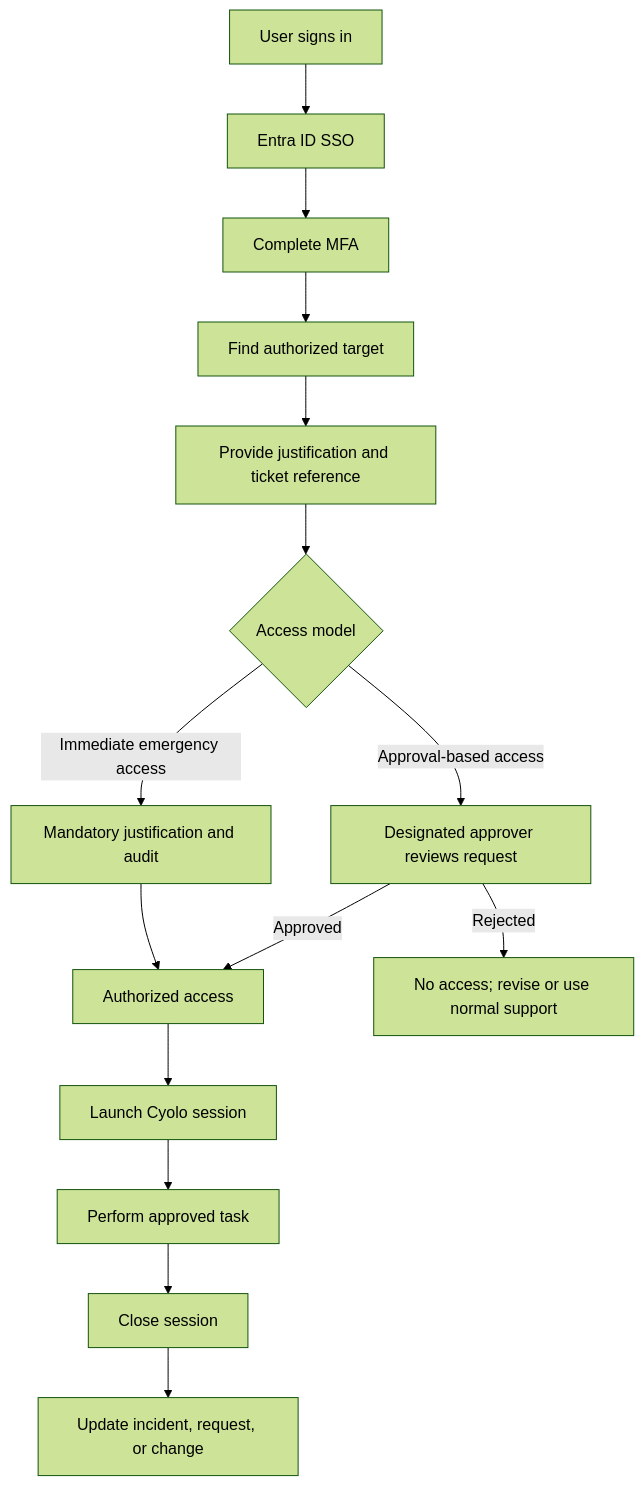
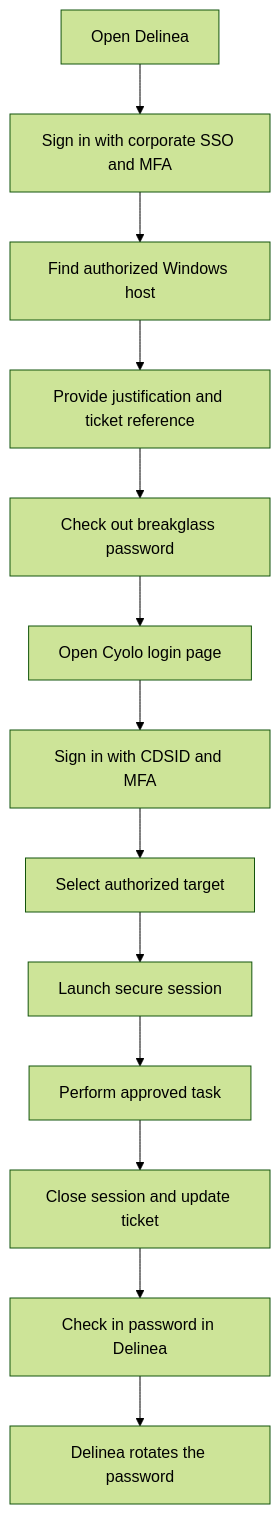
Before and after one commit to Ranjith-Marimuthu/PAM-Windows: the diagram in docs/for-end-users/access-workflows.md, drawn with Mermaid (forest theme). The commit also changed other lines of this file and 7 other files, not shown here.

Commit message:
Update PAM Windows breakglass documentation and navigation

````diff
--- a/docs/for-end-users/access-workflows.md
+++ b/docs/for-end-users/access-workflows.md
@@ -8,17 +13,15 @@
 ```mermaid
 flowchart TD
-    A[User signs in] --> B[Entra ID SSO]
-    B --> C[Complete MFA]
-    C --> D[Find authorized target]
-    D --> E[Provide justification and ticket reference]
-    E --> F{Access model}
-    F -->|Immediate emergency access| G[Mandatory justification and audit]
-    F -->|Approval-based access| H[Designated approver reviews request]
-    G --> I[Authorized access]
-    H -->|Approved| I
-    H -->|Rejected| J[No access; revise or use normal support]
-    I --> K[Launch Cyolo session]
-    K --> L[Perform approved task]
-    L --> M[Close session]
-    M --> N[Update incident, request, or change]
+    A[Open Delinea] --> B[Sign in with corporate SSO and MFA]
+    B --> C[Find authorized Windows host]
+    C --> D[Provide justification and ticket reference]
+    D --> E[Check out breakglass password]
+    E --> F[Open Cyolo login page]
+    F --> G[Sign in with CDSID and MFA]
+    G --> H[Select authorized target]
+    H --> I[Launch secure session]
+    I --> J[Perform approved task]
+    J --> K[Close session and update ticket]
+    K --> L[Check in password in Delinea]
+    L --> M[Delinea rotates the password]
 ```
````
